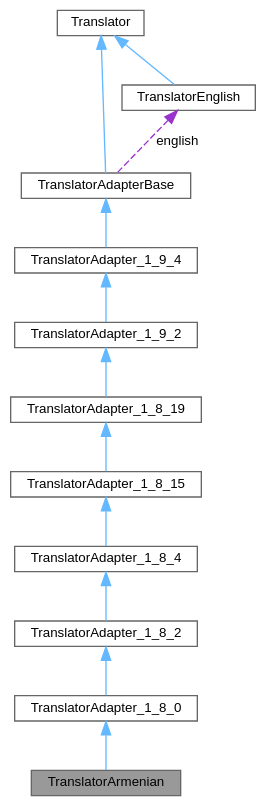
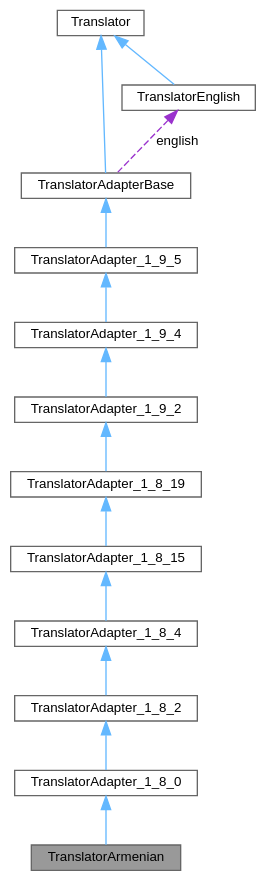
One commit to petyovsky/doxygen changed the diagram in d3/d6c/class_translator_armenian__coll__graph.dot. Above: the diagram before and after it, drawn with Graphviz. The commit also changed 850 other files, not shown here.

```diff
--- a/d3/d6c/class_translator_armenian__coll__graph.dot
+++ b/d3/d6c/class_translator_armenian__coll__graph.dot
@@ -1,30 +1,32 @@
 digraph "TranslatorArmenian"
 {
  // INTERACTIVE_SVG=YES
  // LATEX_PDF_SIZE
   bgcolor="transparent";
   edge [fontname=Helvetica,fontsize=10,labelfontname=Helvetica,labelfontsize=10];
   node [fontname=Helvetica,fontsize=10,shape=box,height=0.2,width=0.4];
   Node1 [label="TranslatorArmenian",height=0.2,width=0.4,color="gray40", fillcolor="grey60", style="filled", fontcolor="black",tooltip=" "];
   Node2 -> Node1 [dir="back",color="steelblue1",style="solid"];
   Node2 [label="TranslatorAdapter_1_8_0",height=0.2,width=0.4,color="gray40", fillcolor="white", style="filled",URL="$de/d49/class_translator_adapter__1__8__0.html",tooltip="Adapter class for languages that only contain translations up to version 1.8.0."];
   Node3 -> Node2 [dir="back",color="steelblue1",style="solid"];
   Node3 [label="TranslatorAdapter_1_8_2",height=0.2,width=0.4,color="gray40", fillcolor="white", style="filled",URL="$d2/d75/class_translator_adapter__1__8__2.html",tooltip=" "];
   Node4 -> Node3 [dir="back",color="steelblue1",style="solid"];
   Node4 [label="TranslatorAdapter_1_8_4",height=0.2,width=0.4,color="gray40", fillcolor="white", style="filled",URL="$de/d2f/class_translator_adapter__1__8__4.html",tooltip=" "];
   Node5 -> Node4 [dir="back",color="steelblue1",style="solid"];
   Node5 [label="TranslatorAdapter_1_8_15",height=0.2,width=0.4,color="gray40", fillcolor="white", style="filled",URL="$d4/d2e/class_translator_adapter__1__8__15.html",tooltip=" "];
   Node6 -> Node5 [dir="back",color="steelblue1",style="solid"];
   Node6 [label="TranslatorAdapter_1_8_19",height=0.2,width=0.4,color="gray40", fillcolor="white", style="filled",URL="$de/dde/class_translator_adapter__1__8__19.html",tooltip=" "];
   Node7 -> Node6 [dir="back",color="steelblue1",style="solid"];
   Node7 [label="TranslatorAdapter_1_9_2",height=0.2,width=0.4,color="gray40", fillcolor="white", style="filled",URL="$d3/d2e/class_translator_adapter__1__9__2.html",tooltip=" "];
   Node8 -> Node7 [dir="back",color="steelblue1",style="solid"];
   Node8 [label="TranslatorAdapter_1_9_4",height=0.2,width=0.4,color="gray40", fillcolor="white", style="filled",URL="$d0/d33/class_translator_adapter__1__9__4.html",tooltip=" "];
   Node9 -> Node8 [dir="back",color="steelblue1",style="solid"];
-  Node9 [label="TranslatorAdapterBase",height=0.2,width=0.4,color="gray40", fillcolor="white", style="filled",URL="$db/d6c/class_translator_adapter_base.html",tooltip="Base of the translator adapter tree."];
+  Node9 [label="TranslatorAdapter_1_9_5",height=0.2,width=0.4,color="gray40", fillcolor="white", style="filled",URL="$dd/dba/class_translator_adapter__1__9__5.html",tooltip=" "];
   Node10 -> Node9 [dir="back",color="steelblue1",style="solid"];
-  Node10 [label="Translator",height=0.2,width=0.4,color="gray40", fillcolor="white", style="filled",URL="$d8/dfb/class_translator.html",tooltip="Abstract base class for all translatable text fragments."];
-  Node11 -> Node9 [dir="back",color="darkorchid3",style="dashed",label=" english" ];
-  Node11 [label="TranslatorEnglish",height=0.2,width=0.4,color="gray40", fillcolor="white", style="filled",URL="$d6/d78/class_translator_english.html",tooltip=" "];
-  Node10 -> Node11 [dir="back",color="steelblue1",style="solid"];
+  Node10 [label="TranslatorAdapterBase",height=0.2,width=0.4,color="gray40", fillcolor="white", style="filled",URL="$db/d6c/class_translator_adapter_base.html",tooltip="Base of the translator adapter tree."];
+  Node11 -> Node10 [dir="back",color="steelblue1",style="solid"];
+  Node11 [label="Translator",height=0.2,width=0.4,color="gray40", fillcolor="white", style="filled",URL="$d8/dfb/class_translator.html",tooltip="Abstract base class for all translatable text fragments."];
+  Node12 -> Node10 [dir="back",color="darkorchid3",style="dashed",label=" english" ];
+  Node12 [label="TranslatorEnglish",height=0.2,width=0.4,color="gray40", fillcolor="white", style="filled",URL="$d6/d78/class_translator_english.html",tooltip=" "];
+  Node11 -> Node12 [dir="back",color="steelblue1",style="solid"];
 }
```
